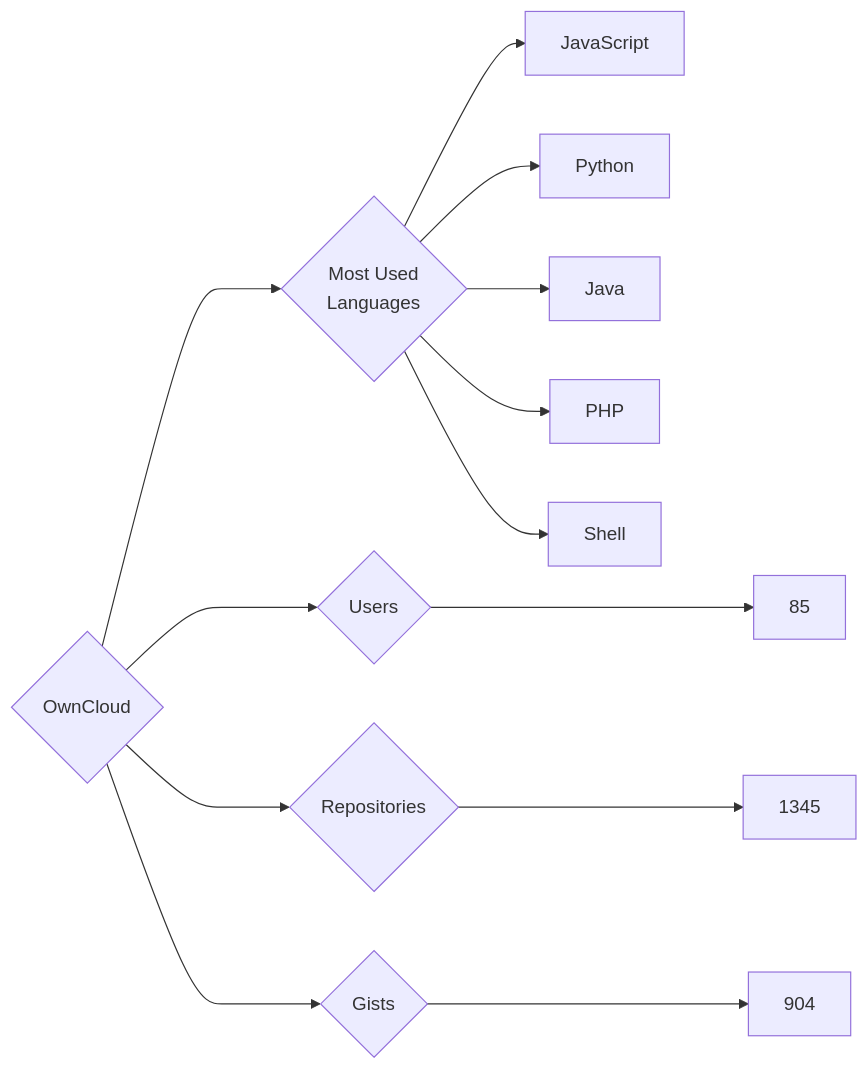
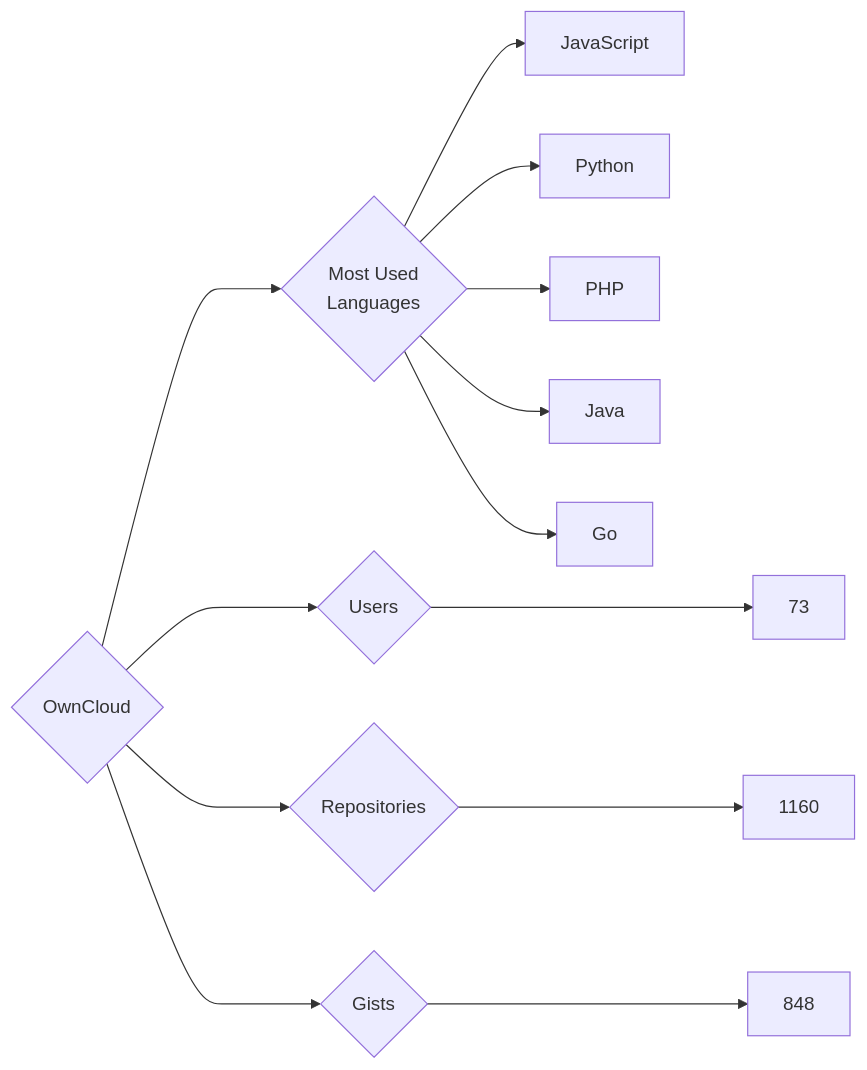
The diagram in targets/OwnCloud/README.md (trickest/insiders), drawn with Mermaid before and after one commit. The commit also changed 898 other files, not shown here.

````diff
--- a/targets/OwnCloud/README.md
+++ b/targets/OwnCloud/README.md
@@ -3,13 +3,13 @@
 ```mermaid
 graph LR
 COMPANY_NAME{OwnCloud}
-COMPANY_NAME ---> U{Users} ---> UN[85]
-COMPANY_NAME ---> R{Repositories} ---> RN[1345]
-COMPANY_NAME ---> G{Gists} ---> GN[904]
+COMPANY_NAME ---> U{Users} ---> UN[73]
+COMPANY_NAME ---> R{Repositories} ---> RN[1160]
+COMPANY_NAME ---> G{Gists} ---> GN[848]
 COMPANY_NAME ---> ML{Most Used<br>Languages}
 ML --> JavaScript[JavaScript]
 ML --> Python[Python]
+ML --> PHP[PHP]
 ML --> Java[Java]
-ML --> PHP[PHP]
-ML --> Shell[Shell]
+ML --> Go[Go]
 ```
````
